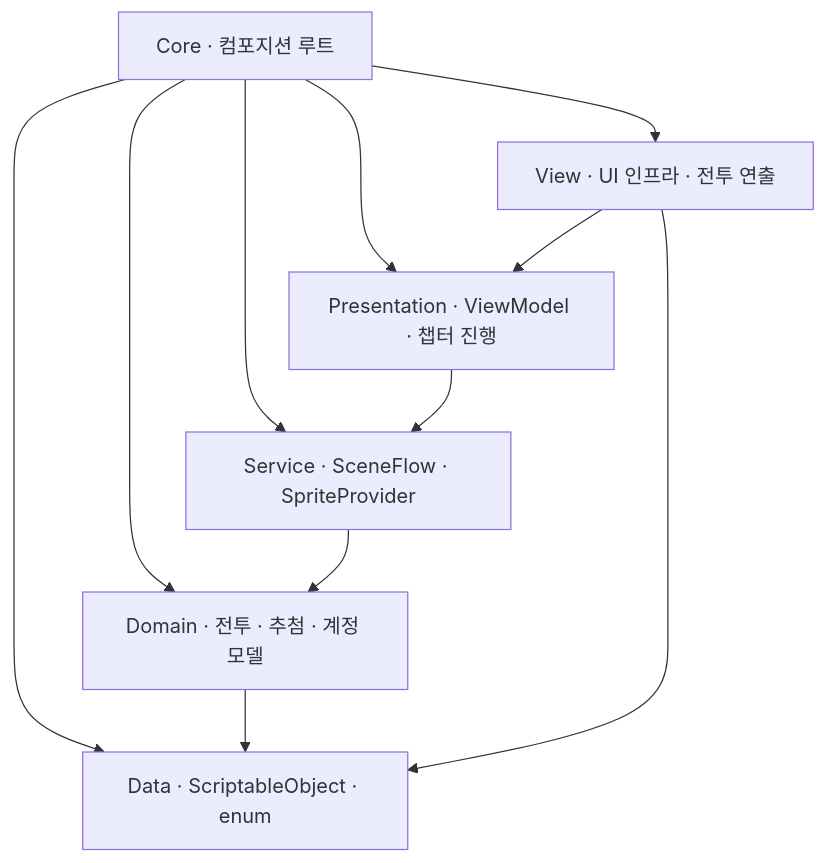
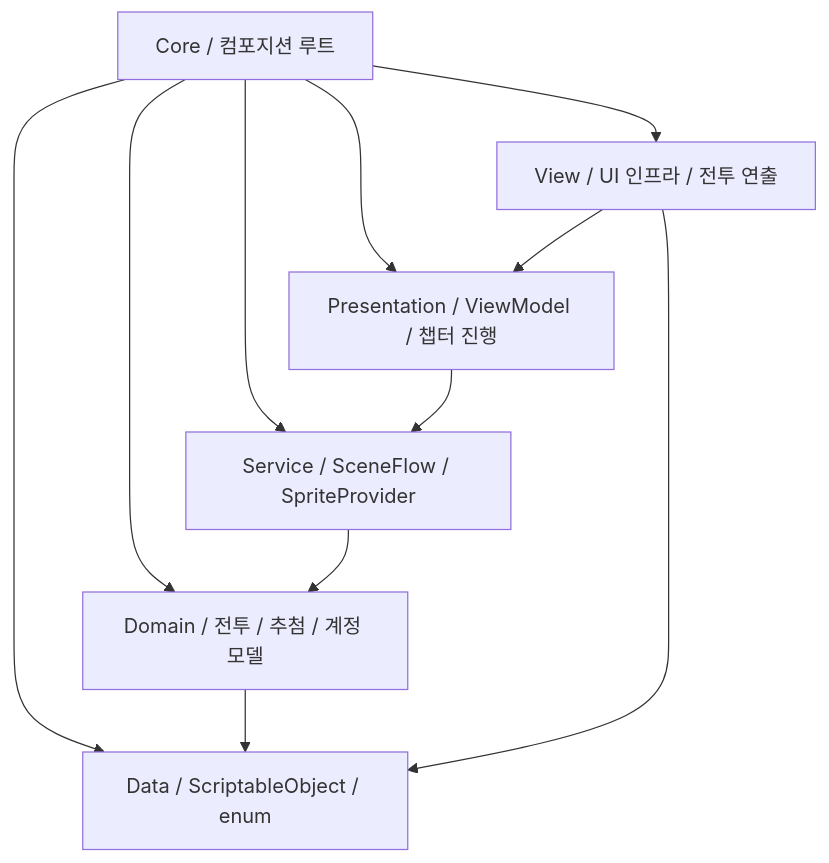
Before and after one commit to Gunheui/Project-Eclipse: the diagram in README.md, drawn with Mermaid. The commit also changed other lines of this file, not shown here.

````diff
--- a/README.md
+++ b/README.md
@@ -54,13 +47,13 @@
 ```mermaid
 flowchart TD
-    Core["Core · 컴포지션 루트"]
-    View["View · UI 인프라 · 전투 연출"]
-    Presentation["Presentation · ViewModel · 챕터 진행"]
-    Service["Service · SceneFlow · SpriteProvider"]
-    Domain["Domain · 전투 · 추첨 · 계정 모델"]
-    Data["Data · ScriptableObject · enum"]
+    Core["Core / 컴포지션 루트"]
+    View["View / UI 인프라 / 전투 연출"]
+    Presentation["Presentation / ViewModel / 챕터 진행"]
+    Service["Service / SceneFlow / SpriteProvider"]
+    Domain["Domain / 전투 / 추첨 / 계정 모델"]
+    Data["Data / ScriptableObject / enum"]
 
     Core --> View & Presentation & Service & Domain & Data
     View --> Presentation --> Service --> Domain --> Data
     View --> Data
 ```
````
